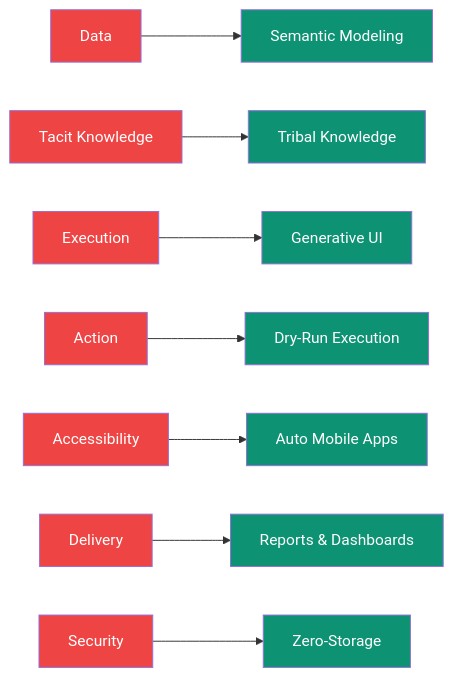
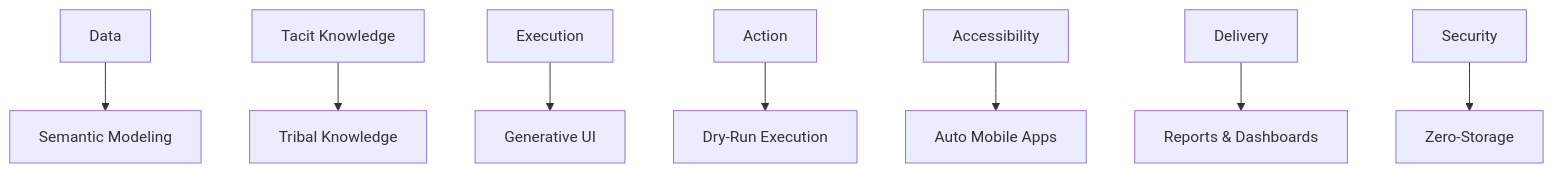
One commit to ashishsuperatom/tech-docs changed the second of 2 diagrams in introduction/overview.mdx. Above: the diagram before and after it, drawn with Mermaid. The commit also changed other lines of this file and 37 other files, not shown here.

First line of the commit message:
Clean up docs: remove em-dashes, fix mermaid diagrams, remove emojis

````diff
--- a/introduction/overview.mdx
+++ b/introduction/overview.mdx
@@ -106,25 +100,11 @@
 ```mermaid
-flowchart LR
+flowchart TD
     P1[Data] --> S1[Semantic Modeling]
     P2[Tacit Knowledge] --> S2[Tribal Knowledge]
     P3[Execution] --> S3[Generative UI]
     P4[Action] --> S4[Dry-Run Execution]
     P5[Accessibility] --> S5[Auto Mobile Apps]
     P6[Delivery] --> S6[Reports & Dashboards]
     P7[Security] --> S7[Zero-Storage]
 
-    style P1 fill:#ef4444,color:#fff
-    style P2 fill:#ef4444,color:#fff
-    style P3 fill:#ef4444,color:#fff
-    style P4 fill:#ef4444,color:#fff
-    style P5 fill:#ef4444,color:#fff
-    style P6 fill:#ef4444,color:#fff
-    style P7 fill:#ef4444,color:#fff
-    style S1 fill:#0D9373,color:#fff
-    style S2 fill:#0D9373,color:#fff
-    style S3 fill:#0D9373,color:#fff
-    style S4 fill:#0D9373,color:#fff
-    style S5 fill:#0D9373,color:#fff
-    style S6 fill:#0D9373,color:#fff
-    style S7 fill:#0D9373,color:#fff
 ```
````
